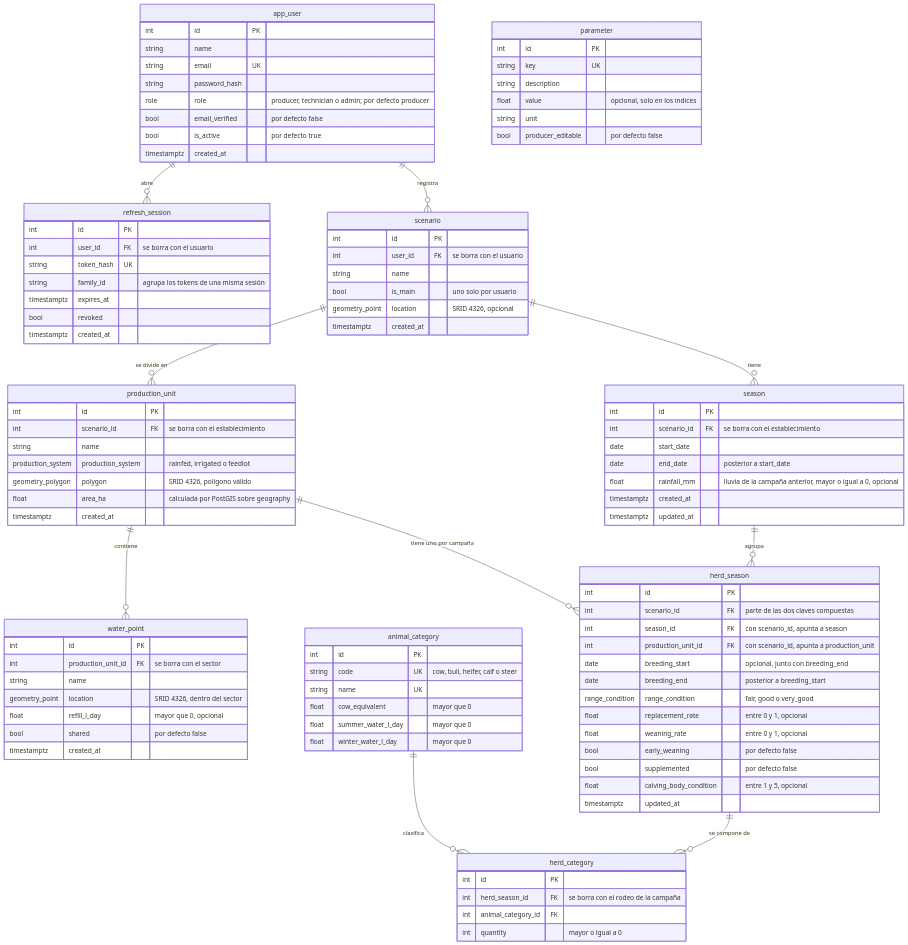
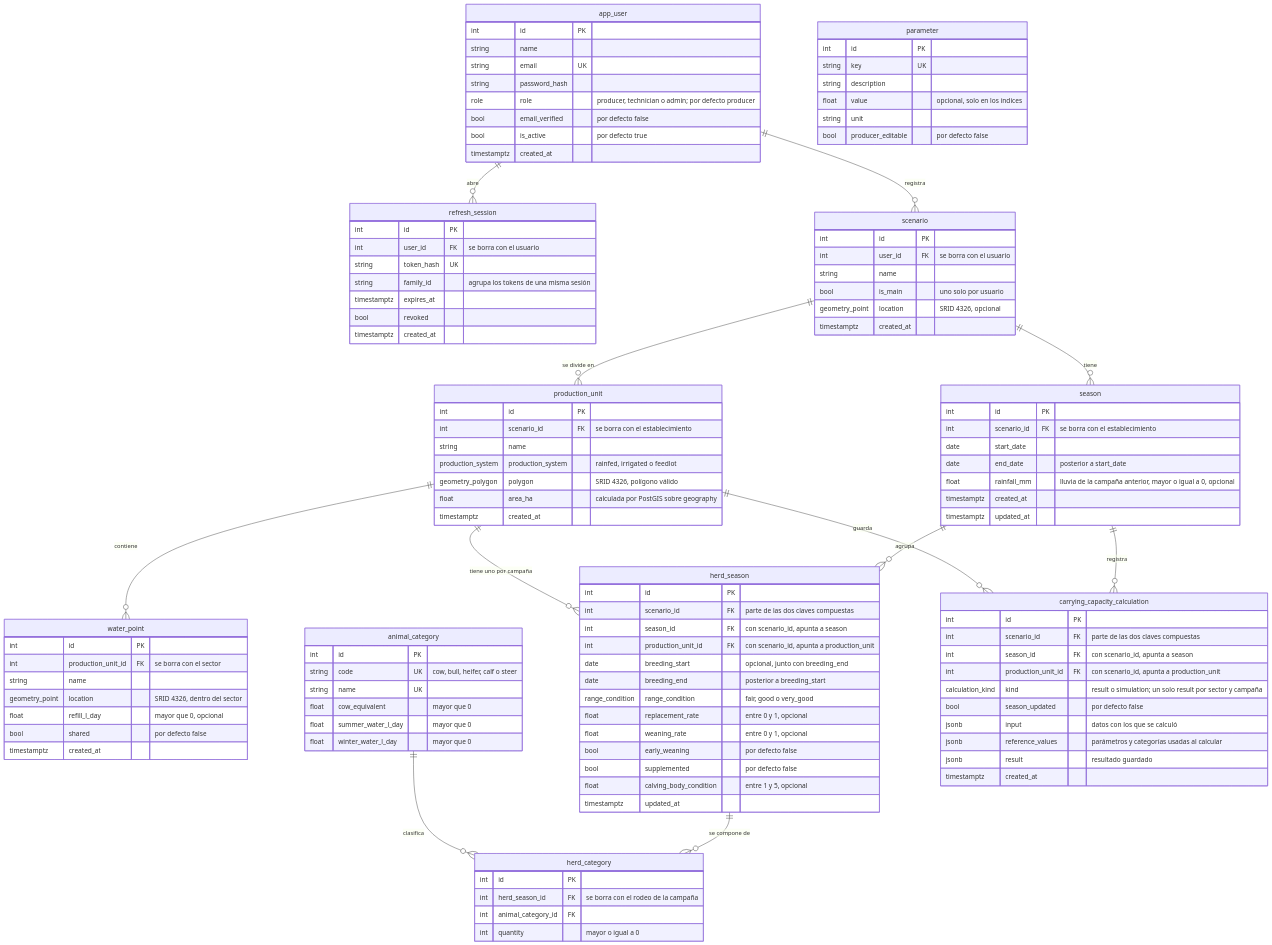
One commit to calculadora-ganadera-mza/calculadora-ganadera changed the diagram in docs/diagrama-base-de-datos.md. Above: the diagram before and after it, drawn with Mermaid. The commit also changed other lines of this file and 20 other files, not shown here.

````diff
--- a/docs/diagrama-base-de-datos.md
+++ b/docs/diagrama-base-de-datos.md
@@ -13,6 +13,8 @@
     production_unit ||--o{ herd_season : "tiene uno por campaña"
     herd_season ||--o{ herd_category : "se compone de"
     animal_category ||--o{ herd_category : "clasifica"
+    season ||--o{ carrying_capacity_calculation : "registra"
+    production_unit ||--o{ carrying_capacity_calculation : "guarda"
 
     app_user {
         int id PK
@@ -114,4 +116,17 @@
         string unit
         bool producer_editable "por defecto false"
     }
+
+    carrying_capacity_calculation {
+        int id PK
+        int scenario_id FK "parte de las dos claves compuestas"
+        int season_id FK "con scenario_id, apunta a season"
+        int production_unit_id FK "con scenario_id, apunta a production_unit"
+        calculation_kind kind "result o simulation; un solo result por sector y campaña"
+        bool season_updated "por defecto false"
+        jsonb input "datos con los que se calculó"
+        jsonb reference_values "parámetros y categorías usadas al calcular"
+        jsonb result "resultado guardado"
+        timestamptz created_at
+    }
 ```
````
